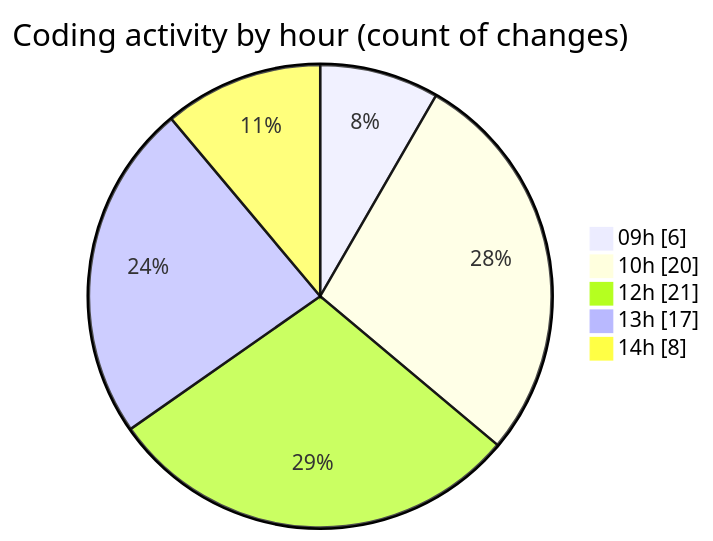
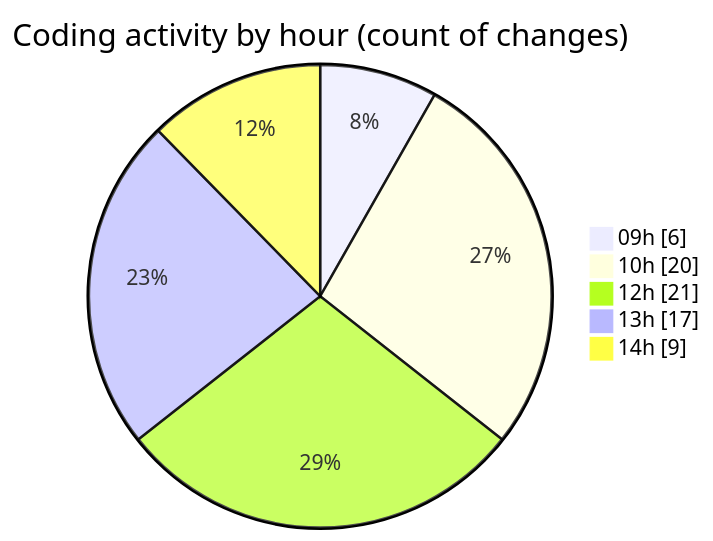
One commit to becaeroporto-bot/code-tracking changed the second of 2 diagrams in 2026-02-18/bot_v1_2/README.md. Above: the diagram before and after it, drawn with Mermaid. The commit also changed other lines of this file and 1 other file, not shown here.

````diff
--- a/2026-02-18/bot_v1_2/README.md
+++ b/2026-02-18/bot_v1_2/README.md
@@ -55,9 +55,9 @@
 ```mermaid
 pie showData
 title Coding activity by hour (count of changes)
 "09h" : 6
 "10h" : 20
 "12h" : 21
 "13h" : 17
-"14h" : 8
+"14h" : 9
 ```
````
